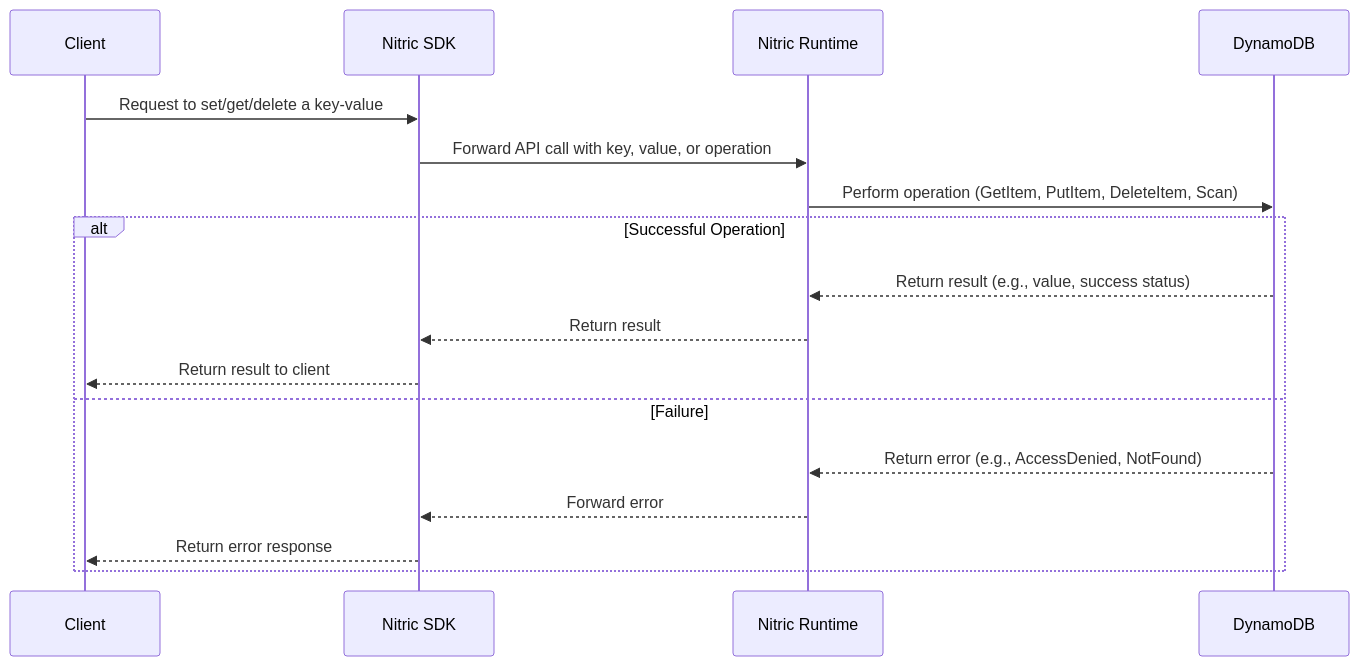
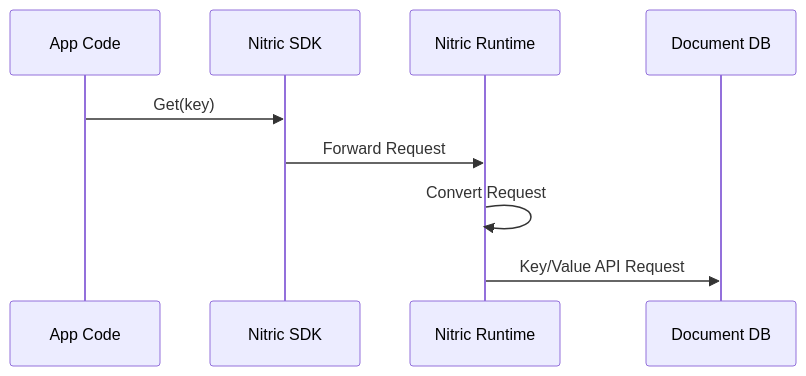
The fourth of 4 diagrams in docs/architecture/keyvalue.mdx (nitrictech/docs), drawn with Mermaid before and after one commit. The commit also changed other lines of this file and 1 other file, not shown here.

Commit message:
update kv sequences

````diff
--- a/docs/architecture/keyvalue.mdx
+++ b/docs/architecture/keyvalue.mdx
@@ -73,21 +99,12 @@
 ```mermaid
 sequenceDiagram
-    participant Client as Client
-    participant NitricSDK as Nitric SDK
-    participant NitricRuntime as Nitric Runtime
-    participant DynamoDB as DynamoDB
+    participant Client as App Code
+    participant SDK as Nitric SDK
+    participant Nitric as Nitric Runtime
+    participant CloudAPI as Document DB
 
-    Client->>NitricSDK: Request to set/get/delete a key-value
-    NitricSDK->>NitricRuntime: Forward API call with key, value, or operation
-    NitricRuntime->>DynamoDB: Perform operation (GetItem, PutItem, DeleteItem, Scan)
-
-    alt Successful Operation
-        DynamoDB-->>NitricRuntime: Return result (e.g., value, success status)
-        NitricRuntime-->>NitricSDK: Return result
-        NitricSDK-->>Client: Return result to client
-    else Failure
-        DynamoDB-->>NitricRuntime: Return error (e.g., AccessDenied, NotFound)
-        NitricRuntime-->>NitricSDK: Forward error
-        NitricSDK-->>Client: Return error response
-    end
+    Client->>SDK: Get(key)
+    SDK->>Nitric: Forward Request
+    Nitric->>Nitric: Convert Request
+    Nitric->>CloudAPI: Key/Value API Request
 ```
````
